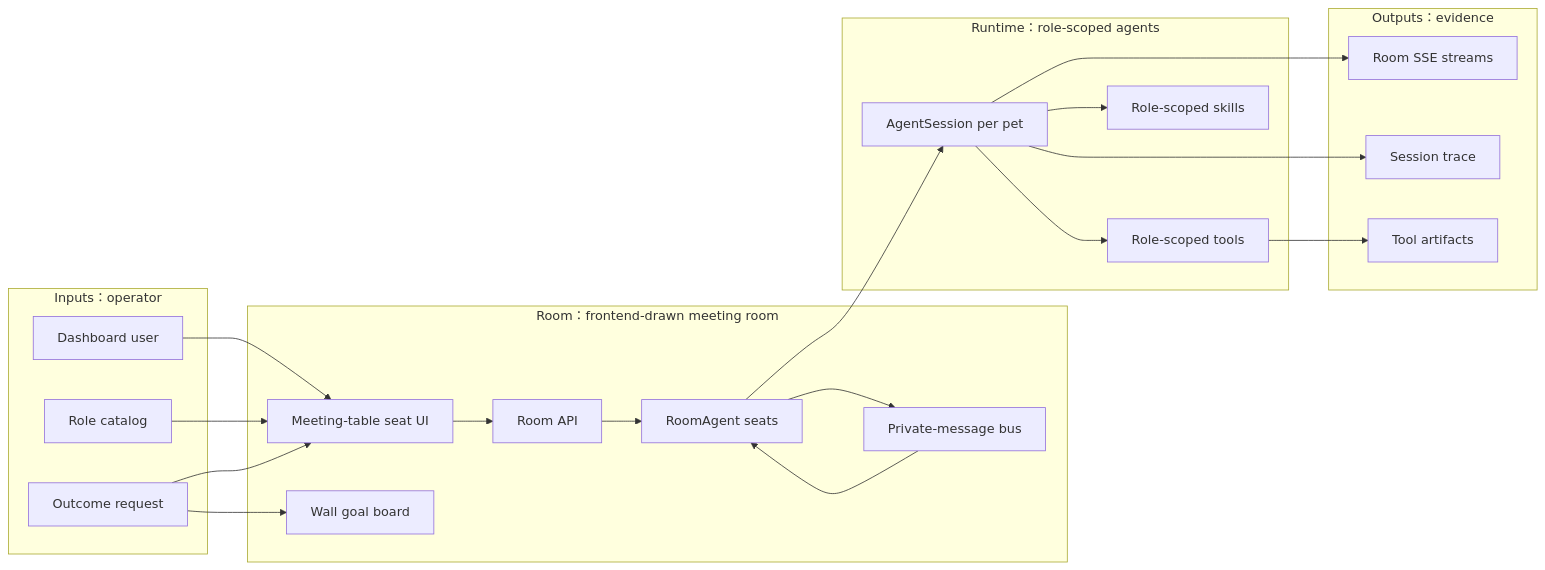
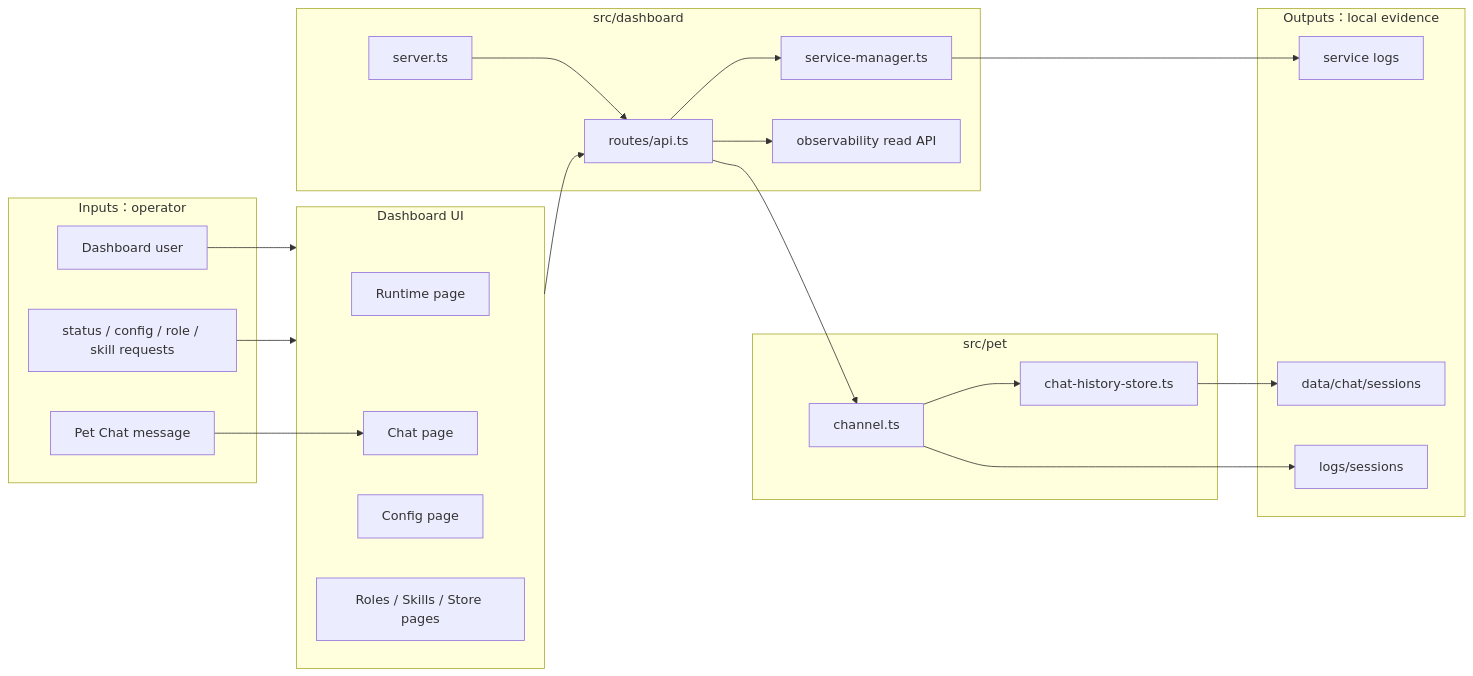
Before and after one commit to fightheyyy/XiaoBa-CLI: the first of 2 diagrams in dashboard/SPEC.md, drawn with Mermaid. The commit also changed other lines of this file and 5 other files, not shown here.

Commit message:
Remove dashboard room surface

````diff
--- a/dashboard/SPEC.md
+++ b/dashboard/SPEC.md
@@ -29,43 +32,46 @@
 ```mermaid
 flowchart LR
     subgraph Inputs["Inputs：operator"]
         Human["Dashboard user"]
-        Roles["Role catalog"]
-        Mission["Outcome request"]
+        Query["status / config / role / skill requests"]
+        ChatInput["Pet Chat message"]
     end
 
-    subgraph Room["Room：frontend-drawn meeting room"]
-        UI["Meeting-table seat UI"]
-        GoalBoard["Wall goal board"]
-        API["Room API"]
-        Seats["RoomAgent seats"]
-        PM["Private-message bus"]
+    subgraph UI["Dashboard UI"]
+        RuntimePage["Runtime page"]
+        ChatPage["Chat page"]
+        ConfigPage["Config page"]
+        RoleSkillPages["Roles / Skills / Store pages"]
     end
 
-    subgraph Runtime["Runtime：role-scoped agents"]
-        Sessions["AgentSession per pet"]
-        Tools["Role-scoped tools"]
-        Skills["Role-scoped skills"]
+    subgraph Backend["src/dashboard"]
+        Server["server.ts"]
+        Api["routes/api.ts"]
+        Services["service-manager.ts"]
+        ObsRead["observability read API"]
     end
 
-    subgraph Outputs["Outputs：evidence"]
-        SSE["Room SSE streams"]
-        Trace["Session trace"]
-        Artifacts["Tool artifacts"]
+    subgraph PetRuntime["src/pet"]
+        PetChannel["channel.ts"]
+        ChatHistory["chat-history-store.ts"]
+    end
+
+    subgraph Outputs["Outputs：local evidence"]
+        Logs["service logs"]
+        VisibleHistory["data/chat/sessions"]
+        SessionLogs["logs/sessions"]
     end
 
     Human --> UI
-    Roles --> UI
-    Mission --> UI
-    Mission --> GoalBoard
-    UI --> API
-    API --> Seats
-    Seats --> PM
-    PM --> Seats
-    Seats --> Sessions
-    Sessions --> Tools
-    Sessions --> Skills
-    Sessions --> SSE
-    Tools --> Artifacts
-    Sessions --> Trace
+    Query --> UI
+    ChatInput --> ChatPage
+    UI --> Api
+    Server --> Api
+    Api --> Services
+    Api --> ObsRead
+    Api --> PetChannel
+    PetChannel --> ChatHistory
+    Services --> Logs
+    ChatHistory --> VisibleHistory
+    PetChannel --> SessionLogs
 ```
````
